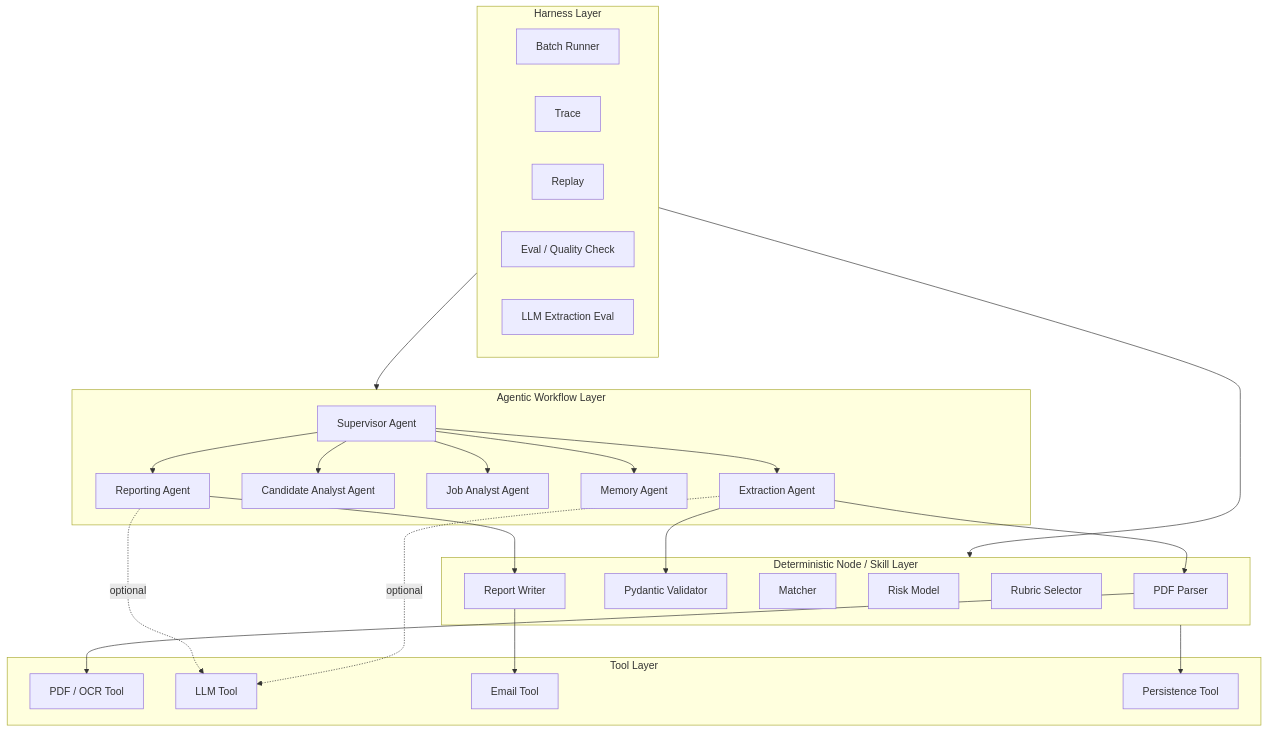
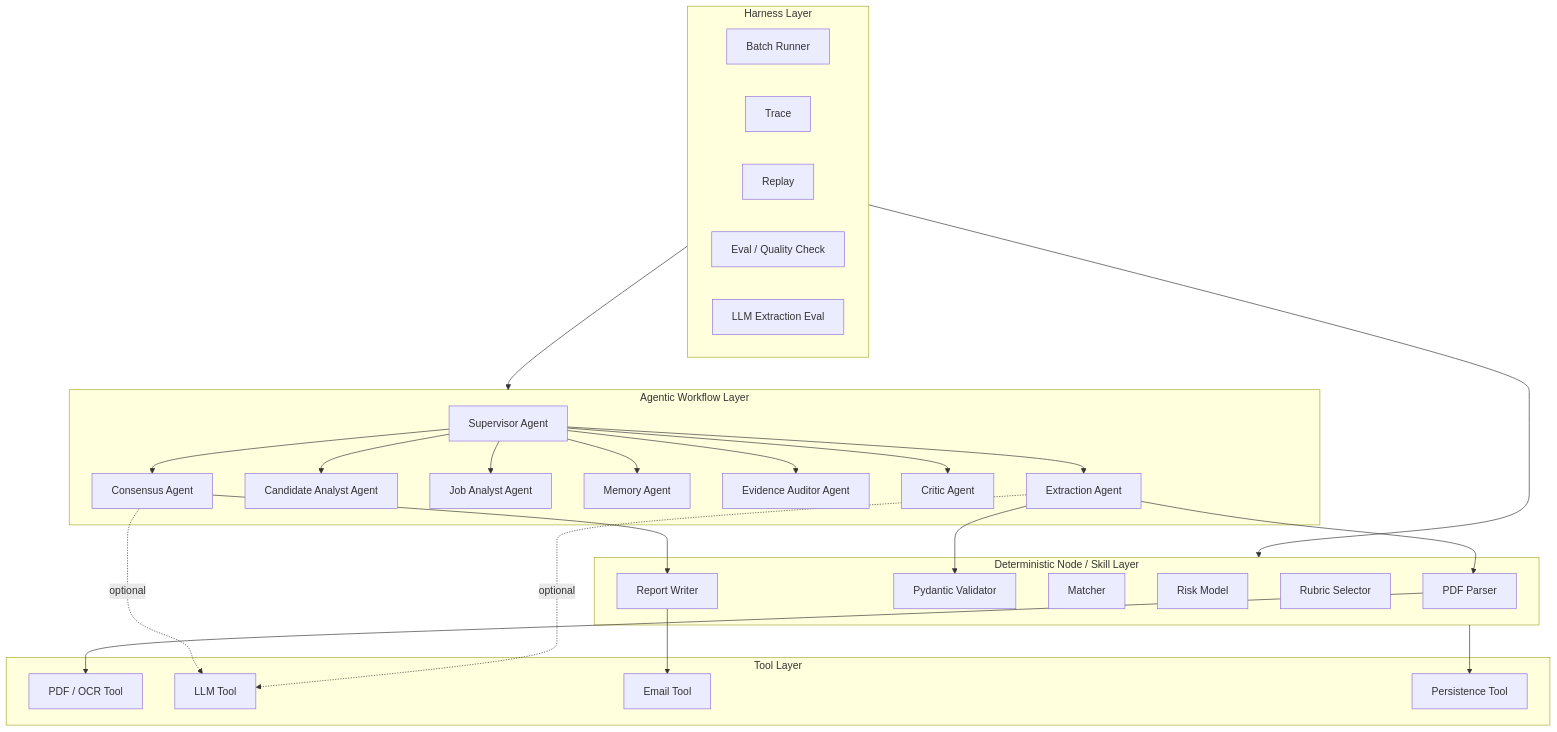
Before and after one commit to supeng0916-beep/resume-pilot: the third of 10 diagrams in docs/architecture_diagrams.md, drawn with Mermaid. The commit also changed other lines of this file and 78 other files, not shown here.

````diff
--- a/docs/architecture_diagrams.md
+++ b/docs/architecture_diagrams.md
@@ -62,51 +64,55 @@
 ```mermaid
 flowchart TB
     subgraph Agentic["Agentic Workflow Layer"]
         Hub["Supervisor Agent"]
         Extract["Extraction Agent"]
         CandidateAgent["Candidate Analyst Agent"]
         JobAgent["Job Analyst Agent"]
         MemoryAgent["Memory Agent"]
-        ReportingAgent["Reporting Agent"]
+        EvidenceAgent["Evidence Auditor Agent"]
+        CriticAgent["Critic Agent"]
+        ConsensusAgent["Consensus Agent"]
     end
 
     subgraph Nodes["Deterministic Node / Skill Layer"]
         Parser["PDF Parser"]
         Validator["Pydantic Validator"]
         Matcher["Matcher"]
         Risk["Risk Model"]
         Rubric["Rubric Selector"]
         ReportWriter["Report Writer"]
     end
 
     subgraph Tools["Tool Layer"]
         PDF["PDF / OCR Tool"]
         LLMTool["LLM Tool"]
         Email["Email Tool"]
         StoreTool["Persistence Tool"]
     end
 
     subgraph Harness["Harness Layer"]
         Batch["Batch Runner"]
         Trace["Trace"]
         Replay["Replay"]
         Eval["Eval / Quality Check"]
         LLMEval["LLM Extraction Eval"]
     end
 
     Hub --> Extract
     Hub --> CandidateAgent
     Hub --> JobAgent
     Hub --> MemoryAgent
-    Hub --> ReportingAgent
+    Hub --> EvidenceAgent
+    Hub --> CriticAgent
+    Hub --> ConsensusAgent
     Extract --> Validator
     Extract --> Parser
     Parser --> PDF
     Extract -.optional.-> LLMTool
-    ReportingAgent -.optional.-> LLMTool
-    ReportingAgent --> ReportWriter
+    ConsensusAgent -.optional.-> LLMTool
+    ConsensusAgent --> ReportWriter
     ReportWriter --> Email
     Nodes --> StoreTool
     Harness --> Agentic
     Harness --> Nodes
 ```
````
